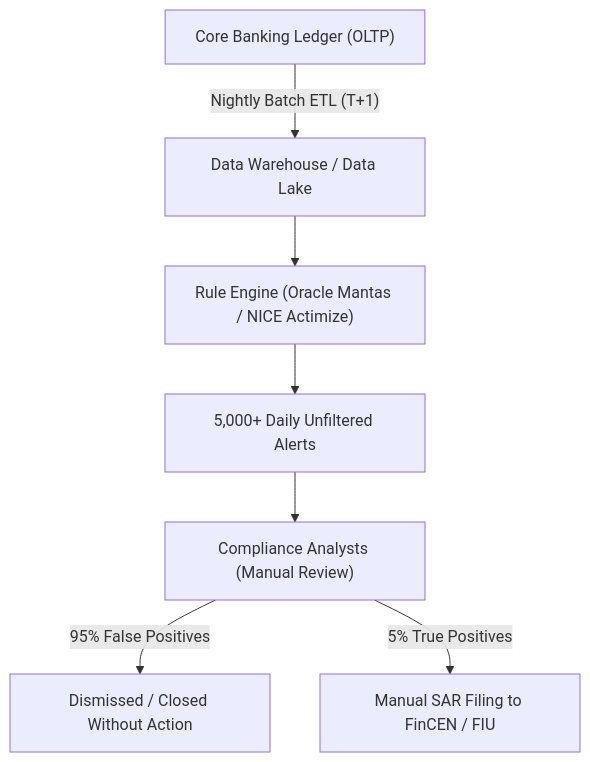
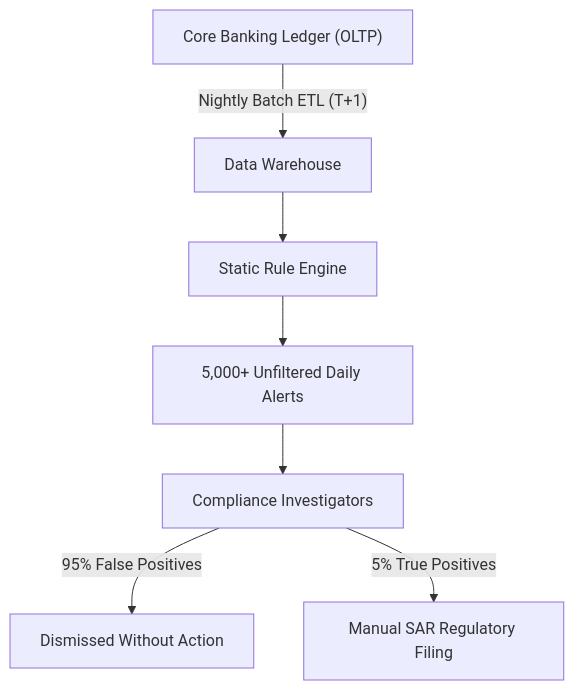
One commit to BharathKumar113/anti_money_laundering changed the third of 13 diagrams in documentation.md. Above: the diagram before and after it, drawn with Mermaid. The commit also changed other lines of this file, not shown here.

Commit message:
fix(docs): resolve rich display render issues, sanitize Mermaid diagrams, and add visual layout cards

````diff
--- a/documentation.md
+++ b/documentation.md
@@ -100,9 +122,9 @@
 ```mermaid
 flowchart TD
-    CoreBanking["Core Banking Ledger (OLTP)"] -->|"Nightly Batch ETL (T+1)"| DWH["Data Warehouse / Data Lake"]
-    DWH --> Rules["Rule Engine (Oracle Mantas / NICE Actimize)"]
-    Rules --> Alerts["5,000+ Daily Unfiltered Alerts"]
-    Alerts --> Analysts["Compliance Analysts (Manual Review)"]
-    Analysts -->|"95% False Positives"| Dismissed["Dismissed / Closed Without Action"]
-    Analysts -->|"5% True Positives"| SAR["Manual SAR Filing to FinCEN / FIU"]
+    CoreBanking["Core Banking Ledger (OLTP)"] -->|"Nightly Batch ETL (T+1)"| DWH["Data Warehouse"]
+    DWH --> Rules["Static Rule Engine"]
+    Rules --> Alerts["5,000+ Unfiltered Daily Alerts"]
+    Alerts --> Analysts["Compliance Investigators"]
+    Analysts -->|"95% False Positives"| Dismissed["Dismissed Without Action"]
+    Analysts -->|"5% True Positives"| SAR["Manual SAR Regulatory Filing"]
 ```
````
